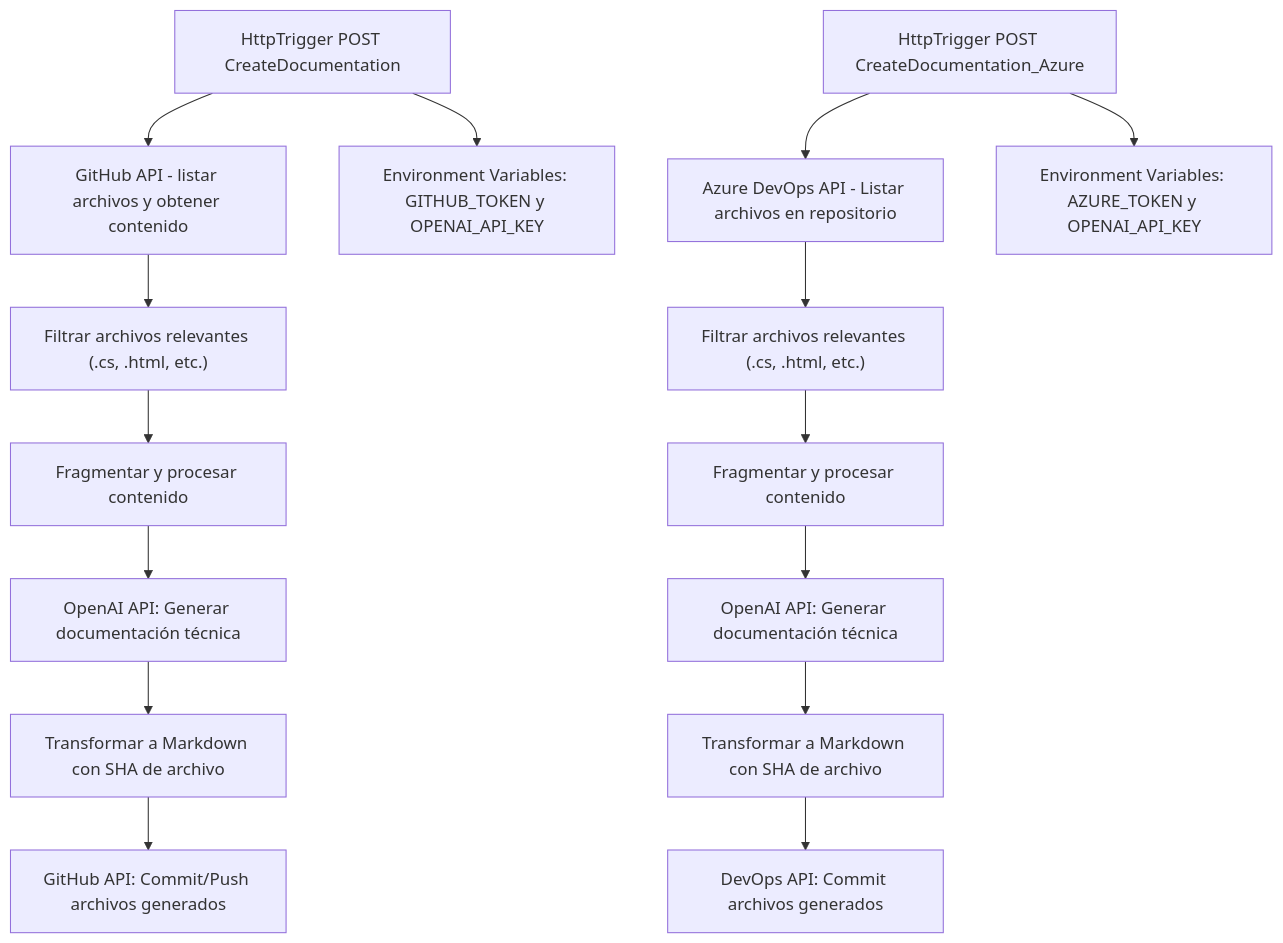
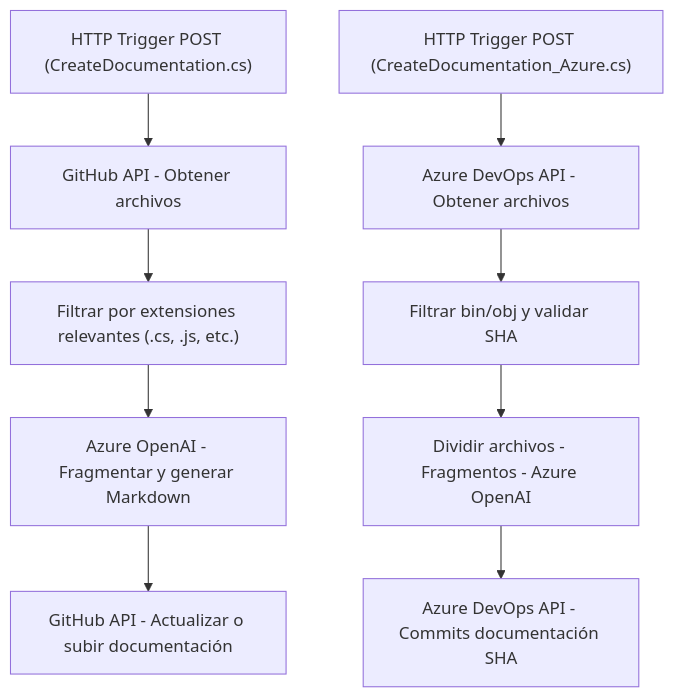
Before and after one commit to blopezdm/Push-and-chill-: the diagram in README.md, drawn with Mermaid. The commit also changed other lines of this file, not shown here.

Commit message:
Actualizar análisis global de la solución con IA

````diff
--- a/README.md
+++ b/README.md
@@ -60,18 +48,12 @@
 ```mermaid
 graph TD
-    A["HttpTrigger POST CreateDocumentation"] --> B["GitHub API - listar archivos y obtener contenido"]
-    A --> C["Environment Variables: GITHUB_TOKEN y OPENAI_API_KEY"]
-    B --> D["Filtrar archivos relevantes (.cs, .html, etc.)"]
-    D --> E["Fragmentar y procesar contenido"]
-    E --> F["OpenAI API: Generar documentación técnica"]
-    F --> G["Transformar a Markdown con SHA de archivo"]
-    G --> H["GitHub API: Commit/Push archivos generados"]
+    A["HTTP Trigger POST (CreateDocumentation.cs)"] --> B["GitHub API - Obtener archivos"]
+    B --> C["Filtrar por extensiones relevantes (.cs, .js, etc.)"]
+    C --> D["Azure OpenAI - Fragmentar y generar Markdown"]
+    D --> E["GitHub API - Actualizar o subir documentación"]
     
-    X["HttpTrigger POST CreateDocumentation_Azure"] --> Y["Azure DevOps API - Listar archivos en repositorio"]
-    X --> Z["Environment Variables: AZURE_TOKEN y OPENAI_API_KEY"]
-    Y --> D1["Filtrar archivos relevantes (.cs, .html, etc.)"]
-    D1 --> E1["Fragmentar y procesar contenido"]
-    E1 --> F1["OpenAI API: Generar documentación técnica"]
-    F1 --> G1["Transformar a Markdown con SHA de archivo"]
-    G1 --> H1["DevOps API: Commit archivos generados"]
+    F["HTTP Trigger POST (CreateDocumentation_Azure.cs)"] --> G["Azure DevOps API - Obtener archivos"]
+    G --> H["Filtrar bin/obj y validar SHA"]
+    H --> I["Dividir archivos - Fragmentos - Azure OpenAI"]
+    I --> J["Azure DevOps API - Commits documentación SHA"]
 ```
````
